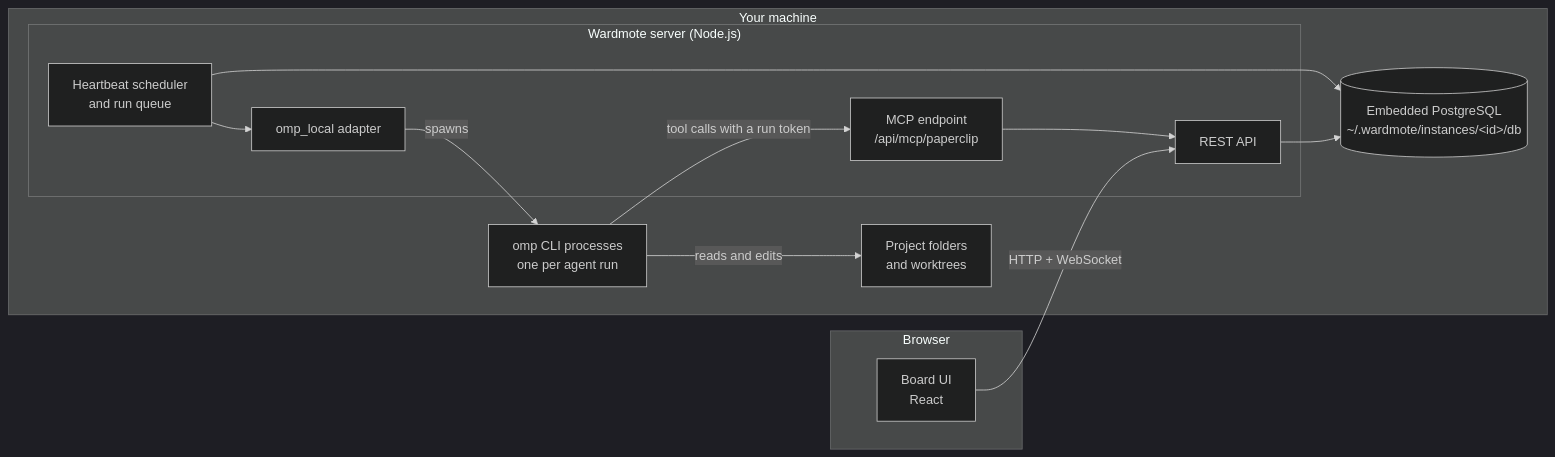
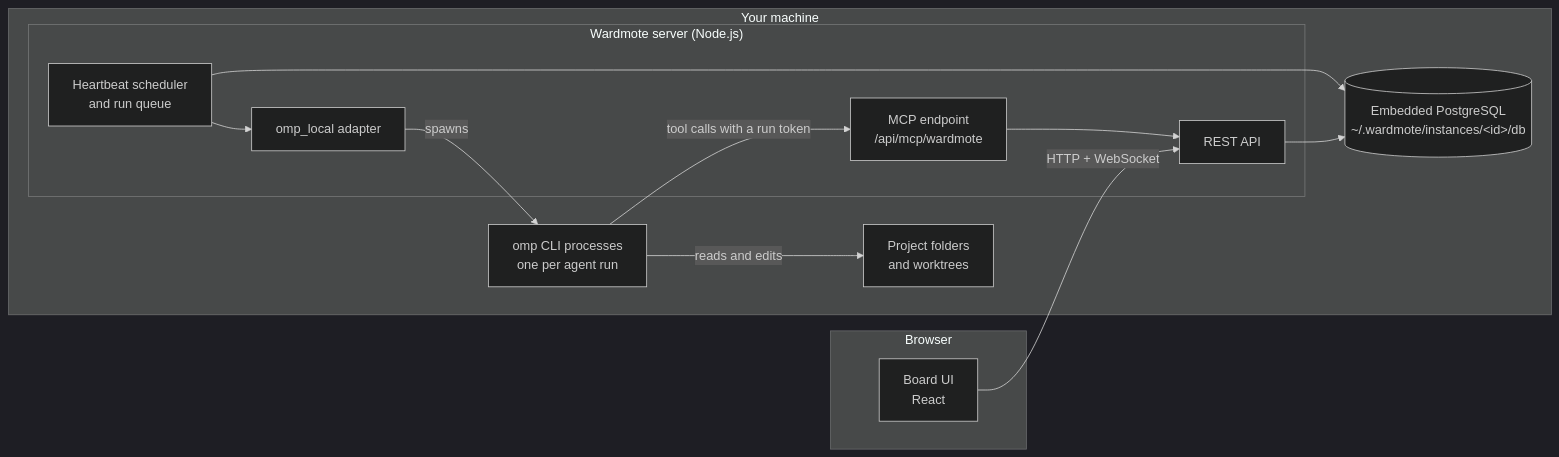
Before and after one commit to tickernelz/paperclip-pro: the diagram in README.md, drawn with Mermaid (dark theme). The commit also changed other lines of this file and 72 other files, not shown here.

First line of the commit message:
refactor(mcp): rename the MCP server and route to wardmote

````diff
--- a/README.md
+++ b/README.md
@@ -108,25 +108,25 @@
 ```mermaid
 flowchart LR
   subgraph browser["Browser"]
     board["Board UI<br/>React"]
   end
   subgraph host["Your machine"]
     subgraph server["Wardmote server (Node.js)"]
       api["REST API"]
-      mcp["MCP endpoint<br/>/api/mcp/paperclip"]
+      mcp["MCP endpoint<br/>/api/mcp/wardmote"]
       hb["Heartbeat scheduler<br/>and run queue"]
       adapter["omp_local adapter"]
     end
     pg[("Embedded PostgreSQL<br/>~/.wardmote/instances/&lt;id&gt;/db")]
     omp["omp CLI processes<br/>one per agent run"]
     repo["Project folders<br/>and worktrees"]
   end
   board -- "HTTP + WebSocket" --> api
   api --> pg
   hb --> pg
   hb --> adapter
   adapter -- "spawns" --> omp
   omp -- "tool calls with a run token" --> mcp
   mcp --> api
   omp -- "reads and edits" --> repo
 ```
````
